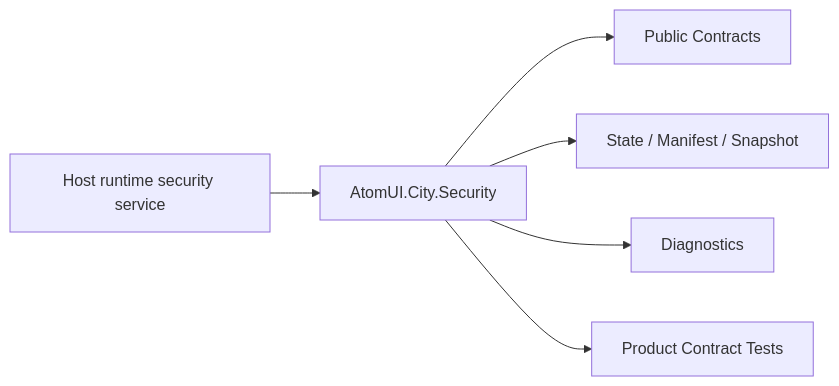
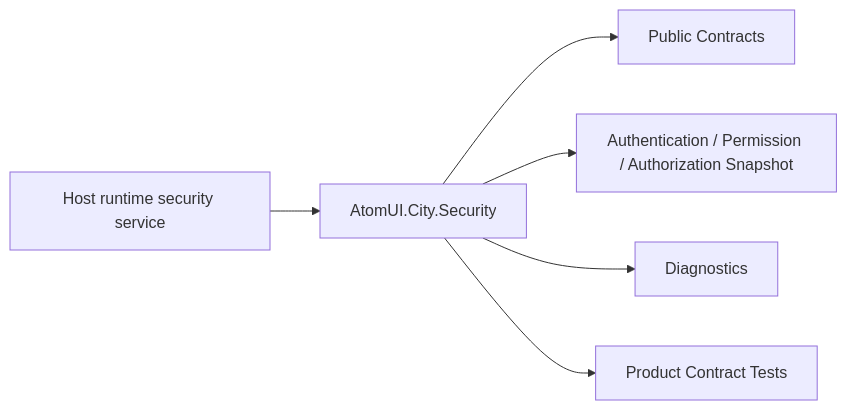
Before and after one commit to 294740219/AtomUI.City: the diagram in docs/modules/security/architecture.md, drawn with Mermaid. The commit also changed other lines of this file and 60 other files, not shown here.

````diff
--- a/docs/modules/security/architecture.md
+++ b/docs/modules/security/architecture.md
@@ -50,8 +63,8 @@
 ```mermaid
 flowchart LR
     Boundary["Host runtime security service"] --> Module["AtomUI.City.Security"]
     Module --> Contracts["Public Contracts"]
-    Module --> State["State / Manifest / Snapshot"]
+    Module --> State["Authentication / Permission / Authorization Snapshot"]
     Module --> Diagnostics["Diagnostics"]
     Module --> Tests["Product Contract Tests"]
 ```
````
